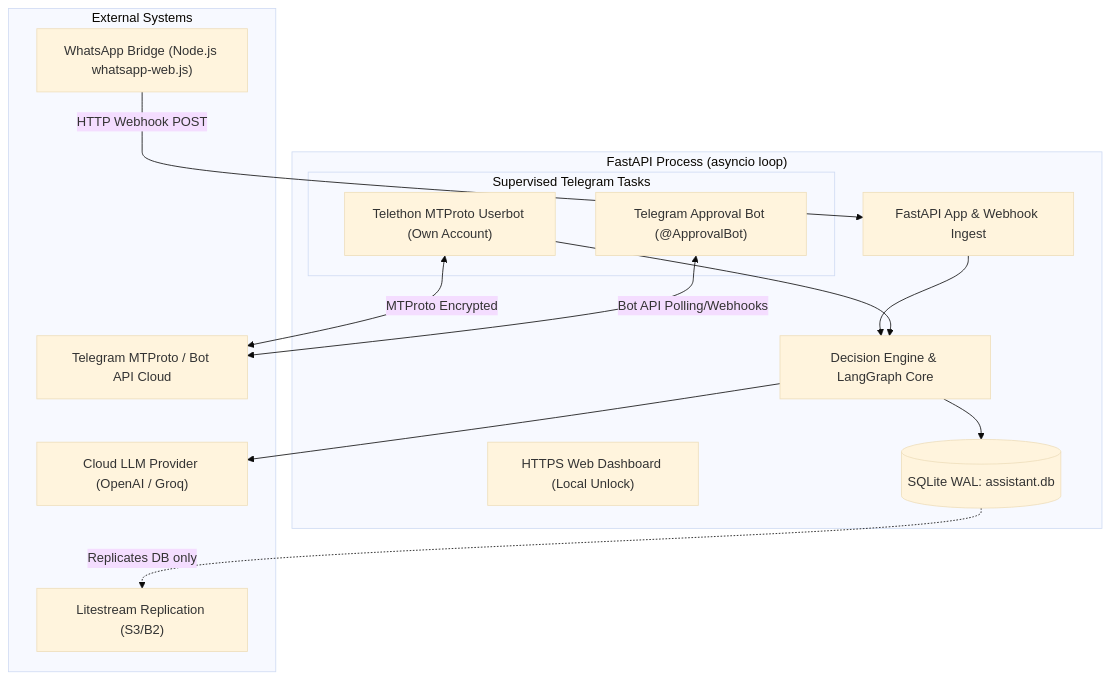
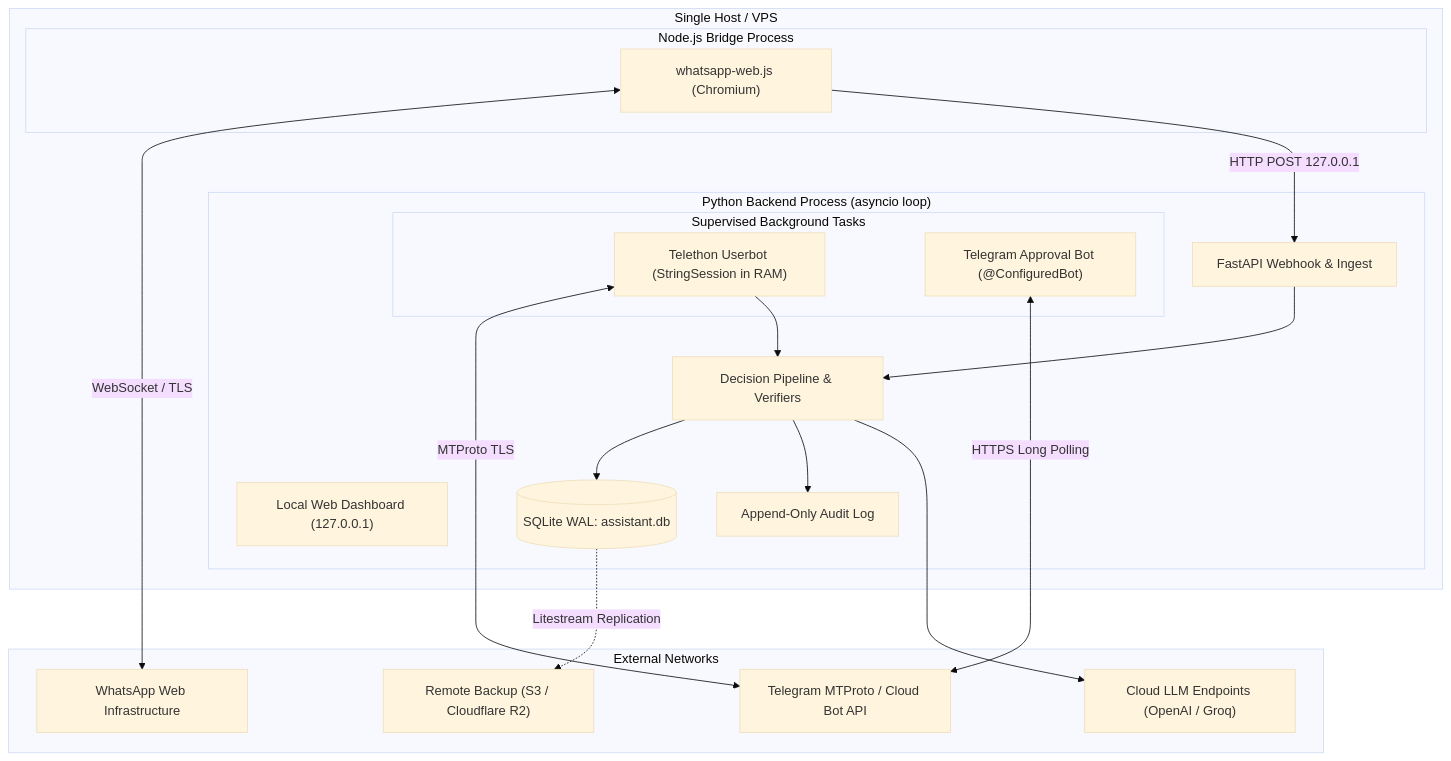
One commit to Natnael-Dev/ghostreply changed the first of 2 diagrams in docs/ARCHITECTURE.md. Above: the diagram before and after it, drawn with Mermaid (base theme). The commit also changed other lines of this file, not shown here.

Commit message:
update architecture with compact callback tokens, ram session, and local unlock rules

````diff
--- a/docs/ARCHITECTURE.md
+++ b/docs/ARCHITECTURE.md
@@ -13,30 +15,39 @@
 ```mermaid
 flowchart TD
-    subgraph SingleProcess ["FastAPI Process (asyncio loop)"]
-        API["FastAPI App & Webhook Ingest"]
-        Dash["HTTPS Web Dashboard (Local Unlock)"]
-        Core["Decision Engine & LangGraph Core"]
-        DB[(SQLite WAL: assistant.db)]
-        
-        subgraph TelegramTasks ["Supervised Telegram Tasks"]
-            Userbot["Telethon MTProto Userbot (Own Account)"]
-            ApprBot["Telegram Approval Bot (@ApprovalBot)"]
+    subgraph Host ["Single Host / VPS"]
+        subgraph PythonProcess ["Python Backend Process (asyncio loop)"]
+            API["FastAPI Webhook & Ingest"]
+            Dash["Local Web Dashboard (127.0.0.1)"]
+            Core["Decision Pipeline & Verifiers"]
+            DB[(SQLite WAL: assistant.db)]
+            Audit["Append-Only Audit Log"]
+            
+            subgraph TelegramTasks ["Supervised Background Tasks"]
+                Userbot["Telethon Userbot (StringSession in RAM)"]
+                ApprBot["Telegram Approval Bot (@ConfiguredBot)"]
+            end
+        end
+
+        subgraph NodeProcess ["Node.js Bridge Process"]
+            Bridge["whatsapp-web.js (Chromium)"]
         end
     end
 
-    subgraph ExternalServices ["External Systems"]
-        WA["WhatsApp Bridge (Node.js whatsapp-web.js)"]
-        TG["Telegram MTProto / Bot API Cloud"]
-        LLM["Cloud LLM Provider (OpenAI / Groq)"]
-        Repl["Litestream Replication (S3/B2)"]
+    subgraph External ["External Networks"]
+        TG["Telegram MTProto / Cloud Bot API"]
+        WA["WhatsApp Web Infrastructure"]
+        LLM["Cloud LLM Endpoints (OpenAI / Groq)"]
+        S3["Remote Backup (S3 / Cloudflare R2)"]
     end
 
-    WA -->|HTTP Webhook POST| API
-    Userbot <-->|MTProto Encrypted| TG
-    ApprBot <-->|Bot API Polling/Webhooks| TG
+    Bridge <-->|WebSocket / TLS| WA
+    Bridge -->|HTTP POST 127.0.0.1| API
+    Userbot <-->|MTProto TLS| TG
+    ApprBot <-->|HTTPS Long Polling| TG
     API --> Core
     Userbot --> Core
     Core --> DB
+    Core --> Audit
     Core --> LLM
-    DB -.->|Replicates DB only| Repl
+    DB -.->|Litestream Replication| S3
 ```
````
